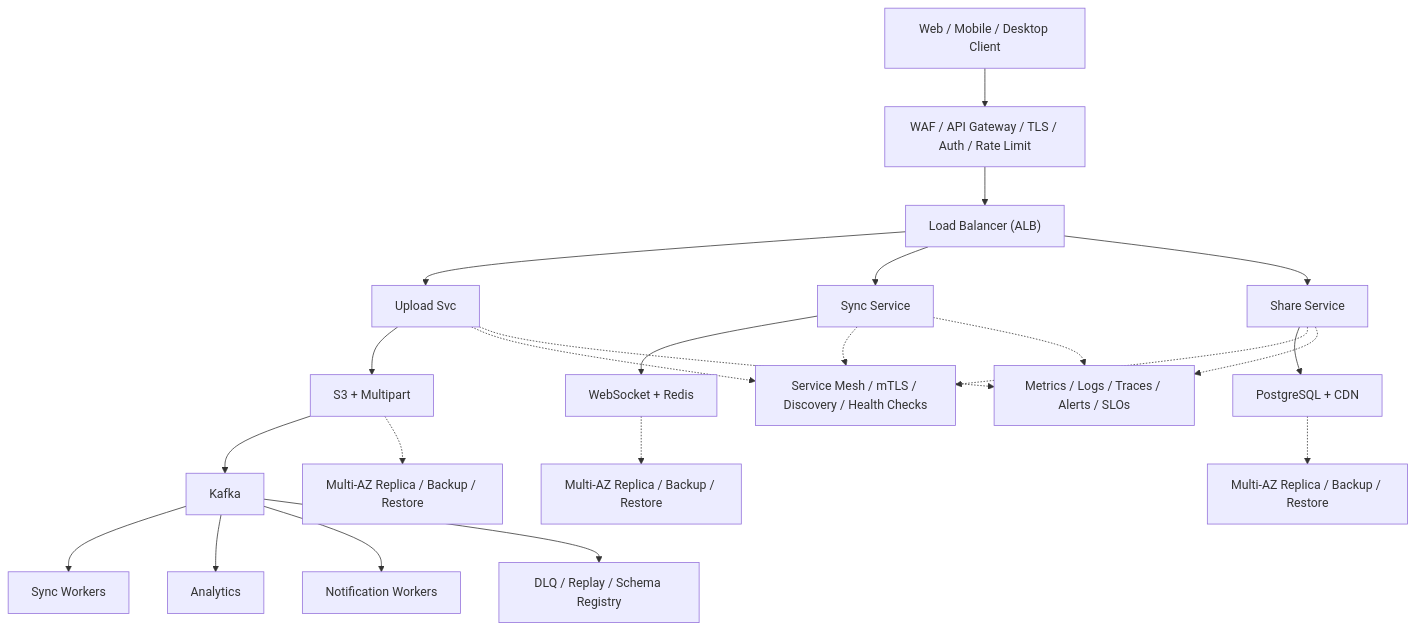
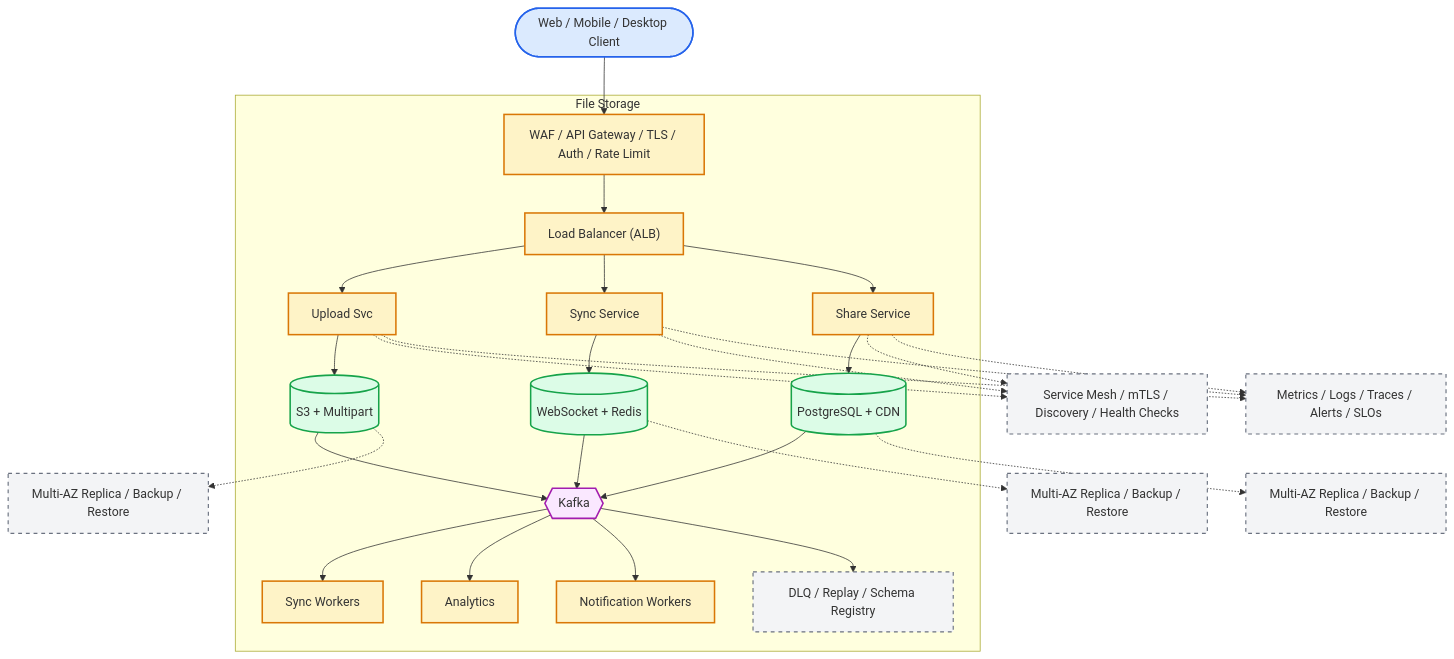
One commit to aishwary11/system-design changed the diagram in system-design-file-storage.md. Above: the diagram before and after it, drawn with Mermaid. The commit also changed other lines of this file and 36 other files, not shown here.

First line of the commit message:
Standardize all diagrams on C4-style Mermaid template

````diff
--- a/system-design-file-storage.md
+++ b/system-design-file-storage.md
@@ -40,25 +40,65 @@
 ```mermaid
 flowchart TB
-    clients["Web / Mobile / Desktop Client"] --> edge["WAF / API Gateway / TLS / Auth / Rate Limit"]
-    edge --> lb["Load Balancer (ALB)"]
-    lb --> svc0["Upload Svc"]
-    lb --> svc1["Sync Service"]
-    lb --> svc2["Share Service"]
-    svc0 --> store0["S3 + Multipart"]
-    svc1 --> store1["WebSocket + Redis"]
-    svc2 --> store2["PostgreSQL + CDN"]
-    store0 --> stream["Kafka"]
-    stream --> worker0["Sync Workers"]
-    stream --> worker1["Analytics"]
-    stream --> worker2["Notification Workers"]
-    svc0 -.-> platform["Service Mesh / mTLS / Discovery / Health Checks"]
-    svc1 -.-> platform
-    svc2 -.-> platform
-    store0 -.-> backup0["Multi-AZ Replica / Backup / Restore"]
-    store1 -.-> backup1["Multi-AZ Replica / Backup / Restore"]
-    store2 -.-> backup2["Multi-AZ Replica / Backup / Restore"]
-    stream --> dlq["DLQ / Replay / Schema Registry"]
-    svc0 -.-> ops["Metrics / Logs / Traces / Alerts / SLOs"]
+    %% Actors (people)
+    clients(["Web / Mobile / Desktop Client"])
+
+    %% System boundary - containers owned by the platform
+    subgraph platform["File Storage"]
+        edge["WAF / API Gateway / TLS / Auth / Rate Limit"]
+        lb["Load Balancer (ALB)"]
+        svc0["Upload Svc"]
+        svc1["Sync Service"]
+        svc2["Share Service"]
+        store0[("S3 + Multipart")]
+        store1[("WebSocket + Redis")]
+        store2[("PostgreSQL + CDN")]
+        stream{{"Kafka"}}
+        worker0["Sync Workers"]
+        worker1["Analytics"]
+        worker2["Notification Workers"]
+        dlq["DLQ / Replay / Schema Registry"]
+    end
+
+    %% Cross-cutting control plane (dashed edges)
+    mesh["Service Mesh / mTLS / Discovery / Health Checks"]
+    ops["Metrics / Logs / Traces / Alerts / SLOs"]
+    backup0["Multi-AZ Replica / Backup / Restore"]
+    backup1["Multi-AZ Replica / Backup / Restore"]
+    backup2["Multi-AZ Replica / Backup / Restore"]
+
+    clients --> edge
+    edge --> lb
+    lb --> svc0
+    lb --> svc1
+    lb --> svc2
+    svc0 --> store0
+    svc1 --> store1
+    svc2 --> store2
+    store0 --> stream
+    store1 --> stream
+    store2 --> stream
+    stream --> worker0
+    stream --> worker1
+    stream --> worker2
+    stream --> dlq
+    svc0 -.-> mesh
+    svc1 -.-> mesh
+    svc2 -.-> mesh
+    svc0 -.-> ops
     svc1 -.-> ops
     svc2 -.-> ops
+    store0 -.-> backup0
+    store1 -.-> backup1
+    store2 -.-> backup2
+
+    classDef actor fill:#dbeafe,stroke:#2563eb,stroke-width:2px
+    classDef service fill:#fef3c7,stroke:#d97706,stroke-width:2px
+    classDef store fill:#dcfce7,stroke:#16a34a,stroke-width:2px
+    classDef broker fill:#fae8ff,stroke:#a21caf,stroke-width:2px
+    classDef control fill:#f3f4f6,stroke:#6b7280,stroke-width:1.5px,stroke-dasharray:5 5
+    class clients actor
+    class edge,lb,svc0,svc1,svc2,worker0,worker1,worker2 service
+    class store0,store1,store2 store
+    class stream broker
+    class dlq,mesh,ops,backup0,backup1,backup2 control
 ```
````
